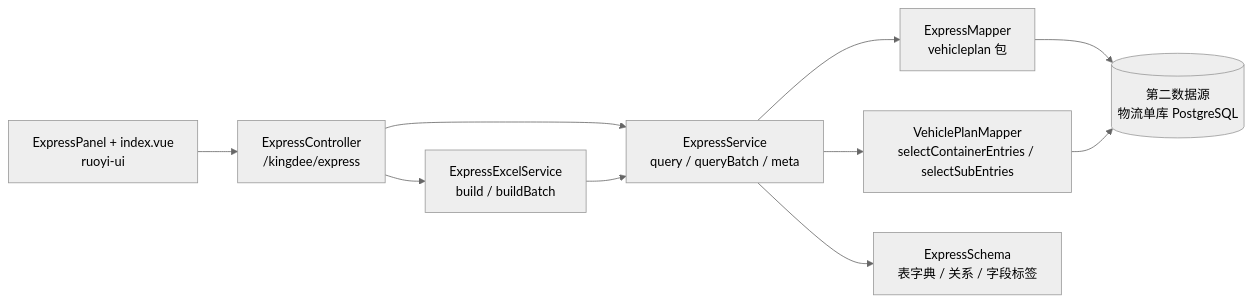
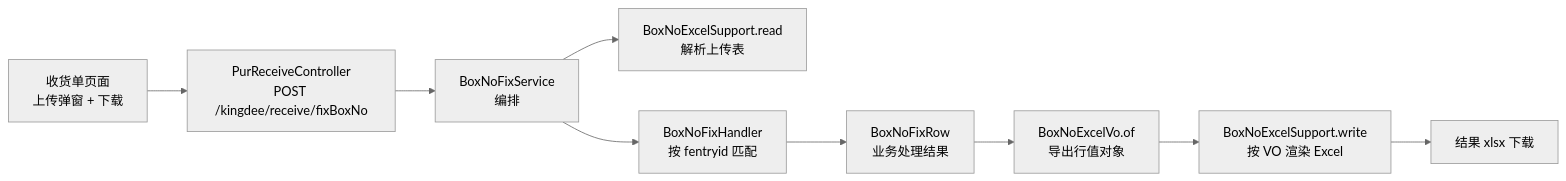
The diagram in .codebuddy/plans/purchase-logistics-query-page_110ebf8b.md (liudakuio/kingdee_query_erp), drawn with Mermaid (neutral theme) before and after one commit. The commit also changed other lines of this file and 11 other files, not shown here.

````diff
--- a/.codebuddy/plans/purchase-logistics-query-page_110ebf8b.md
+++ b/.codebuddy/plans/purchase-logistics-query-page_110ebf8b.md
@@ -87,12 +140,11 @@
 ```mermaid
 graph LR
-    FE[ExpressPanel + index.vue<br/>ruoyi-ui] --> C[ExpressController<br/>/kingdee/express]
-    C --> S[ExpressService<br/>query / queryBatch / meta]
-    S --> EM[ExpressMapper<br/>vehicleplan 包]
-    S --> VM[VehiclePlanMapper<br/>selectContainerEntries / selectSubEntries]
-    EM --> DB2[(第二数据源<br/>物流单库 PostgreSQL)]
-    VM --> DB2
-    C --> X[ExpressExcelService<br/>build / buildBatch]
-    X --> S
-    S --> SC[ExpressSchema<br/>表字典 / 关系 / 字段标签]
+    FE[收货单页面<br/>上传弹窗 + 下载] --> C[PurReceiveController<br/>POST /kingdee/receive/fixBoxNo]
+    C --> S[BoxNoFixService<br/>编排]
+    S --> R[BoxNoExcelSupport.read<br/>解析上传表]
+    S --> H[BoxNoFixHandler<br/>按 fentryid 匹配]
+    H --> FR[BoxNoFixRow<br/>业务处理结果]
+    FR --> V[BoxNoExcelVo.of<br/>导出行值对象]
+    V --> W[BoxNoExcelSupport.write<br/>按 VO 渲染 Excel]
+    W --> XLSX[结果 xlsx 下载]
 ```
````
